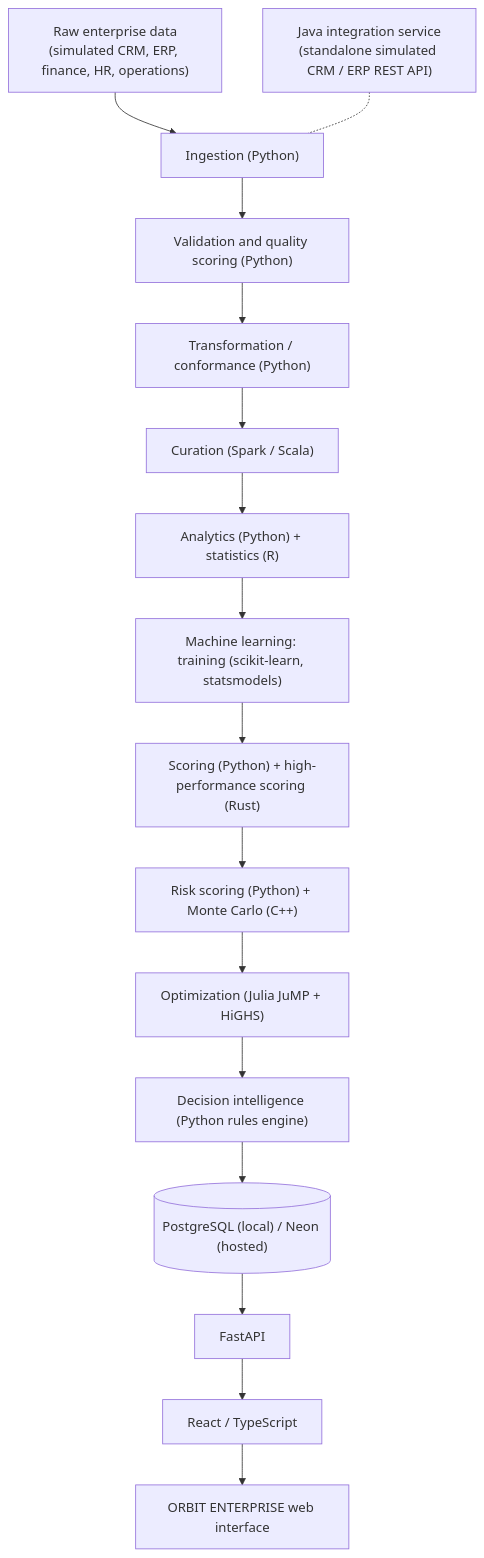
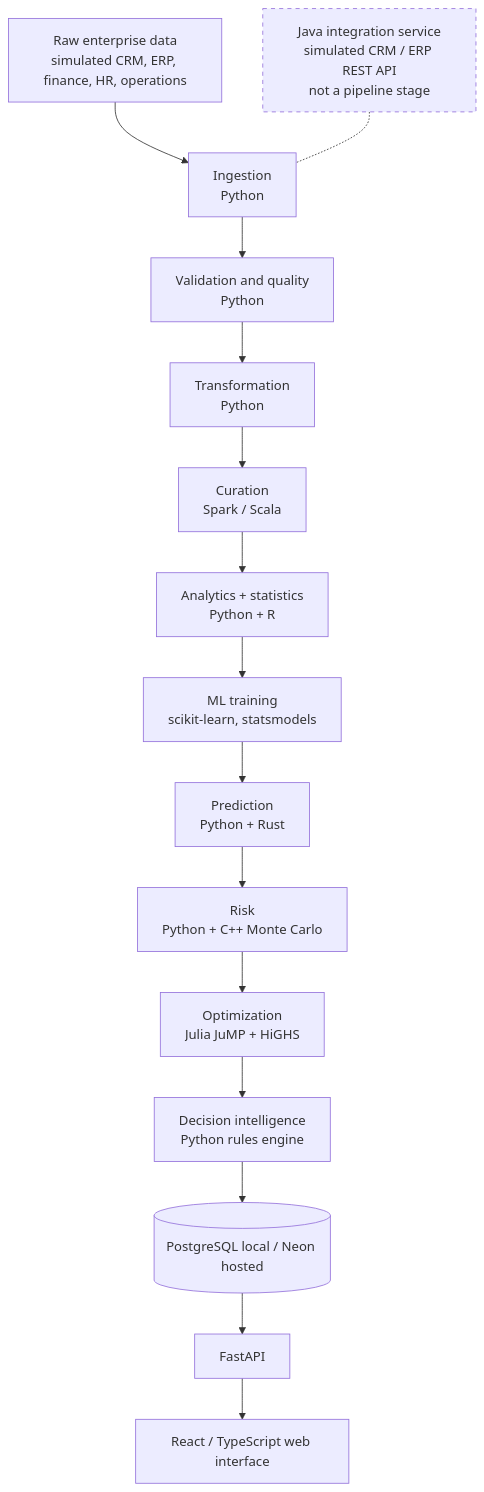
The first of 2 diagrams in README.md (shahil5z/orbit-enterprise), drawn with Mermaid before and after one commit. The commit also changed other lines of this file, not shown here.

````diff
--- a/README.md
+++ b/README.md
@@ -47,18 +116,18 @@
 ```mermaid
 flowchart TD
-  RAW["Raw enterprise data<br/>(simulated CRM, ERP, finance, HR, operations)"] --> ING["Ingestion (Python)"]
-  ING --> VAL["Validation and quality scoring (Python)"]
-  VAL --> TR["Transformation / conformance (Python)"]
-  TR --> SP["Curation (Spark / Scala)"]
-  SP --> AN["Analytics (Python) + statistics (R)"]
-  AN --> ML["Machine learning: training (scikit-learn, statsmodels)"]
-  ML --> PR["Scoring (Python) + high-performance scoring (Rust)"]
-  PR --> RK["Risk scoring (Python) + Monte Carlo (C++)"]
-  RK --> OPT["Optimization (Julia JuMP + HiGHS)"]
-  OPT --> DEC["Decision intelligence (Python rules engine)"]
-  DEC --> PG[("PostgreSQL (local) / Neon (hosted)")]
+  RAW["Raw enterprise data<br/>simulated CRM, ERP, finance, HR, operations"] --> ING["Ingestion<br/>Python"]
+  ING --> VAL["Validation and quality<br/>Python"]
+  VAL --> TR["Transformation<br/>Python"]
+  TR --> SP["Curation<br/>Spark / Scala"]
+  SP --> AN["Analytics + statistics<br/>Python + R"]
+  AN --> ML["ML training<br/>scikit-learn, statsmodels"]
+  ML --> PR["Prediction<br/>Python + Rust"]
+  PR --> RK["Risk<br/>Python + C++ Monte Carlo"]
+  RK --> OPT["Optimization<br/>Julia JuMP + HiGHS"]
+  OPT --> DEC["Decision intelligence<br/>Python rules engine"]
+  DEC --> PG[("PostgreSQL local / Neon hosted")]
   PG --> API["FastAPI"]
-  API --> WEB["React / TypeScript"]
-  WEB --> UI["ORBIT ENTERPRISE web interface"]
-  JAVA["Java integration service<br/>(standalone simulated CRM / ERP REST API)"] -.- ING
+  API --> WEB["React / TypeScript web interface"]
+  JAVA["Java integration service<br/>simulated CRM / ERP REST API<br/>not a pipeline stage"] -.- ING
+  style JAVA stroke-dasharray: 5 5
 ```
````
